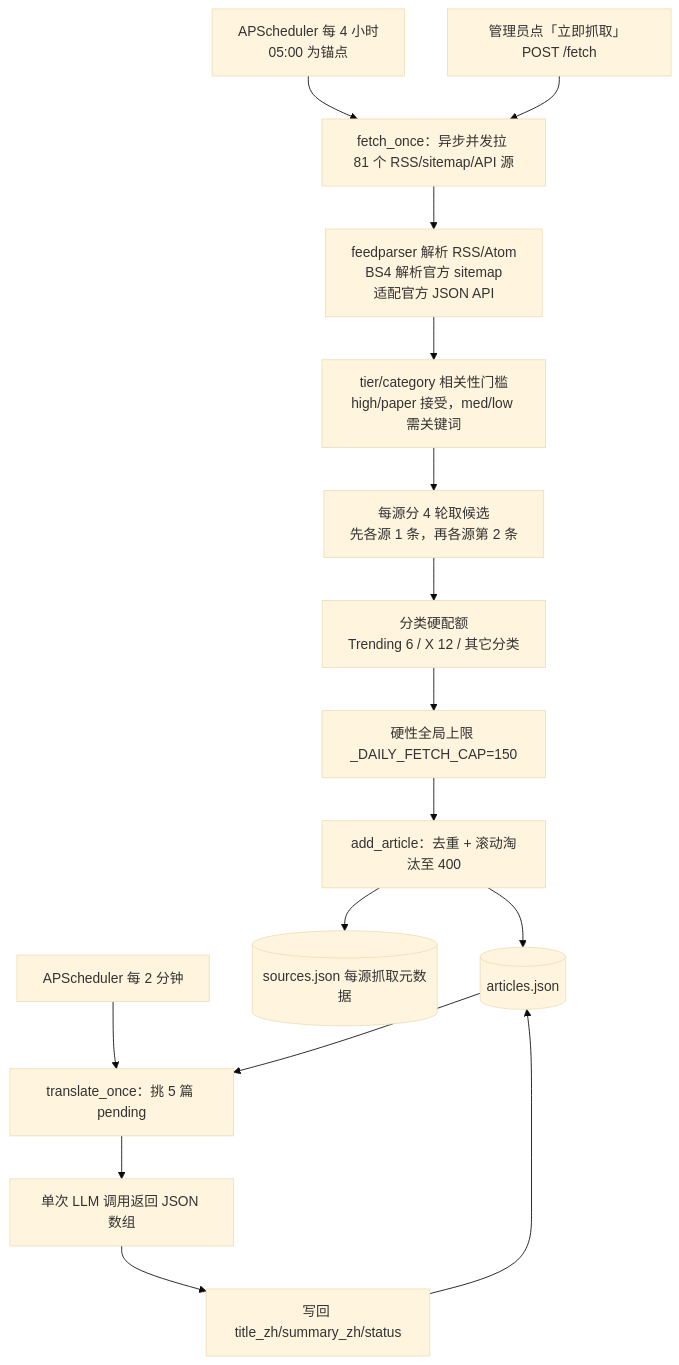
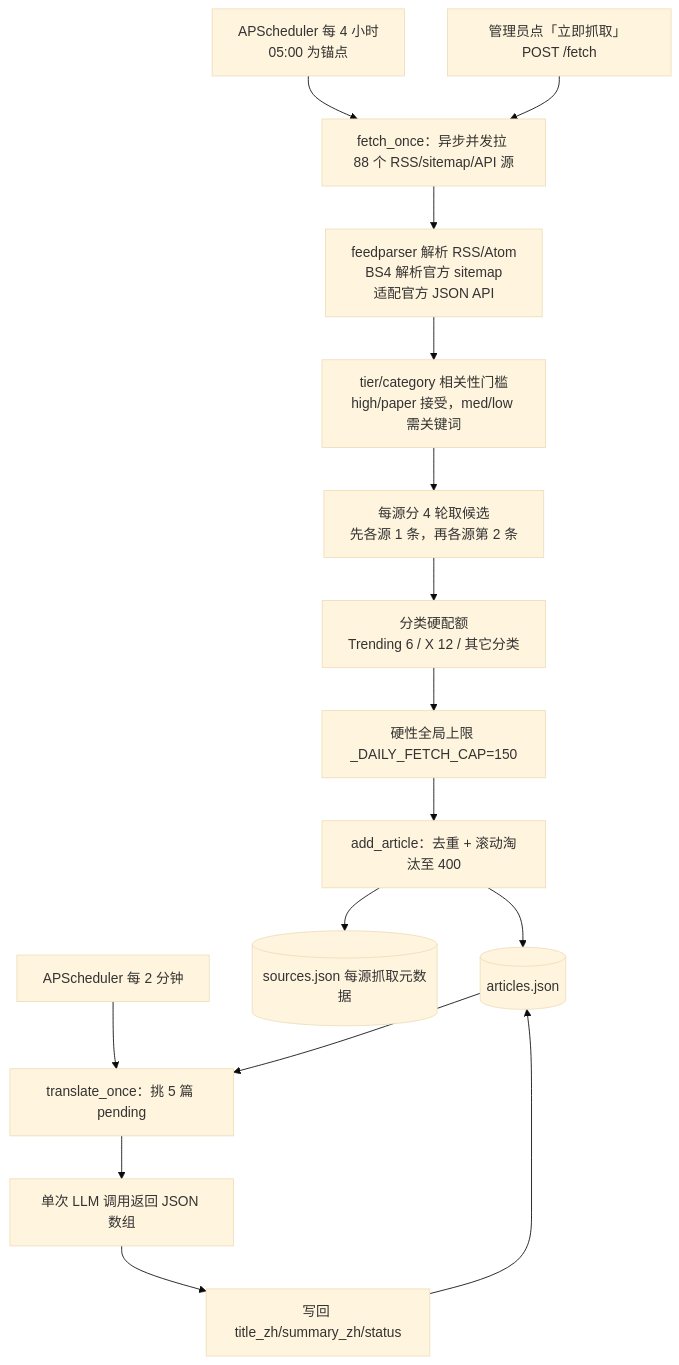
Before and after one commit to nikefd/ai-frontier-agent: the diagram in llmdoc/architecture/rss-pipeline-architecture.md, drawn with Mermaid (base theme). The commit also changed other lines of this file and 8 other files, not shown here.

````diff
--- a/llmdoc/architecture/rss-pipeline-architecture.md
+++ b/llmdoc/architecture/rss-pipeline-architecture.md
@@ -10,20 +10,20 @@
 ```mermaid
 flowchart TD
   cron[APScheduler 每 4 小时<br/>05:00 为锚点] --> fetch
   manual[管理员点「立即抓取」 POST /fetch] --> fetch
-  fetch[fetch_once：异步并发拉 81 个 RSS/sitemap/API 源]
+  fetch[fetch_once：异步并发拉 88 个 RSS/sitemap/API 源]
   fetch --> parse[feedparser 解析 RSS/Atom<br/>BS4 解析官方 sitemap<br/>适配官方 JSON API]
   parse --> gate[tier/category 相关性门槛<br/>high/paper 接受，med/low 需关键词]
   gate --> rounds[每源分 4 轮取候选<br/>先各源 1 条，再各源第 2 条]
   rounds --> category[分类硬配额<br/>Trending 6 / X 12 / 其它分类]
   category --> global[硬性全局上限 _DAILY_FETCH_CAP=150]
   global --> store[add_article：去重 + 滚动淘汰至 400]
   store --> articles[(articles.json)]
   store --> meta[(sources.json 每源抓取元数据)]
 
   tick[APScheduler 每 2 分钟] --> trans[translate_once：挑 5 篇 pending]
   articles --> trans
   trans --> llm[单次 LLM 调用返回 JSON 数组]
   llm --> writeback[写回 title_zh/summary_zh/status]
   writeback --> articles
 ```
````
